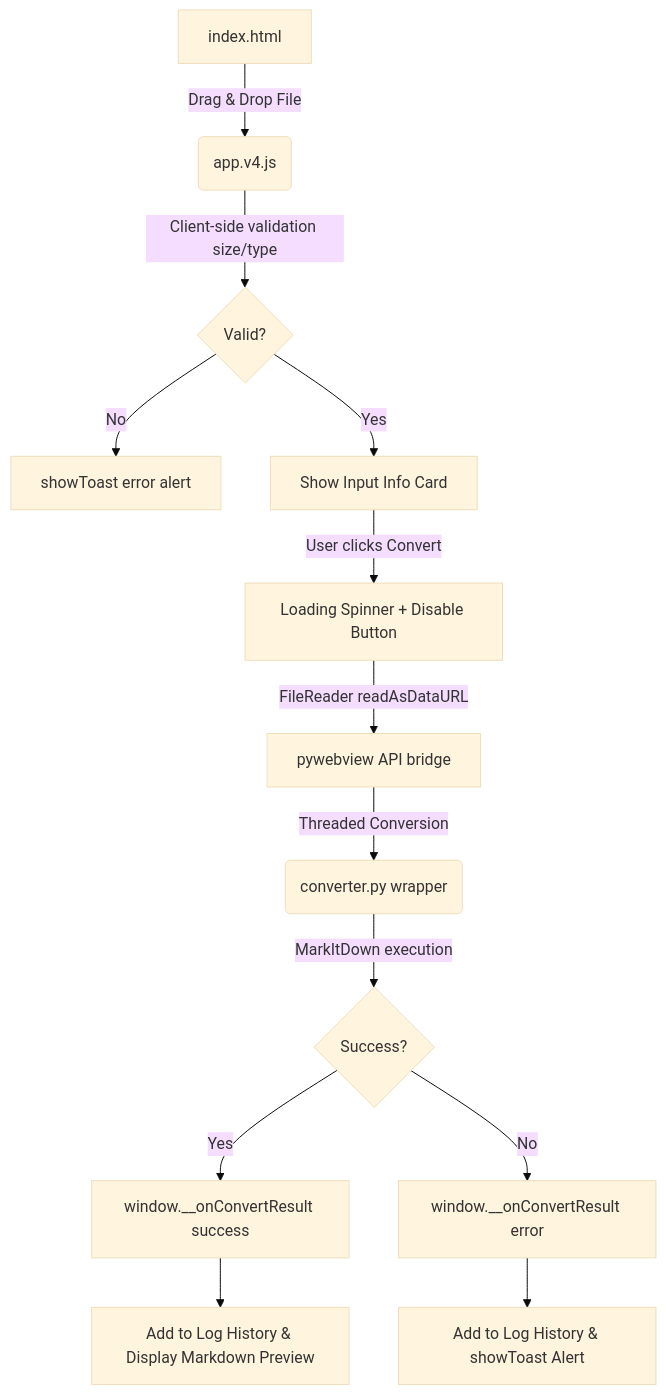
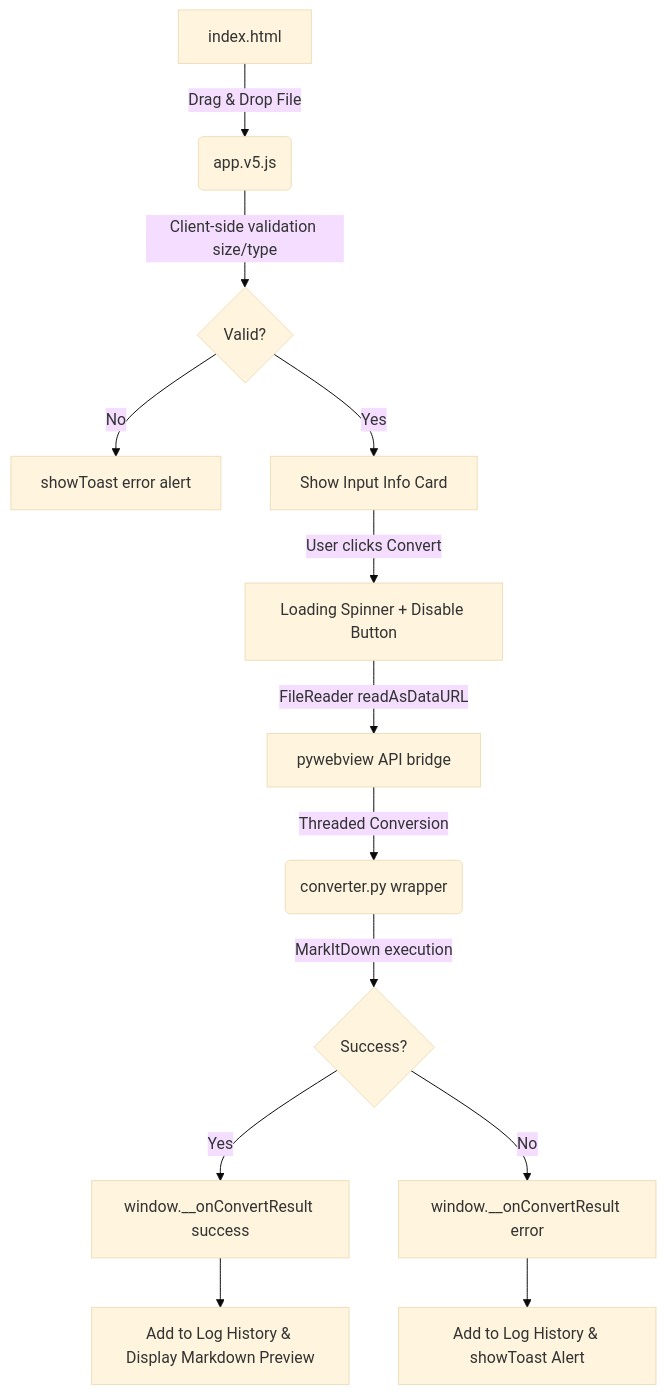
Before and after one commit to jagdeepvirdi/file-to-markdown: the diagram in GEMINI.md, drawn with Mermaid (base theme). The commit also changed other lines of this file and 6 other files, not shown here.

````diff
--- a/GEMINI.md
+++ b/GEMINI.md
@@ -45,15 +45,15 @@
 ```mermaid
 graph TD
-    A["index.html"] -->|Drag & Drop File| B("app.v4.js")
+    A["index.html"] -->|Drag & Drop File| B("app.v5.js")
     B -->|Client-side validation size/type| C{"Valid?"}
     C -->|No| D["showToast error alert"]
     C -->|Yes| E["Show Input Info Card"]
     E -->|User clicks Convert| F["Loading Spinner + Disable Button"]
     F -->|FileReader readAsDataURL| G["pywebview API bridge"]
     G -->|Threaded Conversion| H("converter.py wrapper")
     H -->|MarkItDown execution| I{"Success?"}
     I -->|Yes| J["window.__onConvertResult success"]
     I -->|No| K["window.__onConvertResult error"]
     J --> L["Add to Log History & Display Markdown Preview"]
     K --> M["Add to Log History & showToast Alert"]
 ```
````
